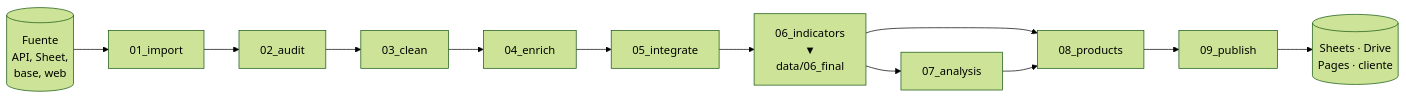
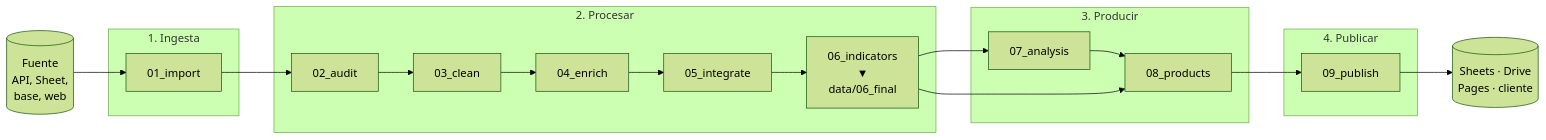
One commit to piero-valles-maravi/dataops-blueprint changed the second of 2 diagrams in README.md. Above: the diagram before and after it, drawn with Mermaid (forest theme). The commit also changed other lines of this file, not shown here.

Commit message:
Leer el flujo completo en cuatro bloques: ingesta, procesar, producir y publicar
- Diagrama de la sección 2.2 agrupado por bloque
- Tabla de bloques con qué pasa en cada uno y dónde escribe
- Nota de cómo el flujo de monitoreo recorre los mismos bloques

````diff
--- a/README.md
+++ b/README.md
@@ -73,14 +73,29 @@
 ```mermaid
 flowchart LR
-    SRC[("Fuente<br/>API, Sheet,<br/>base, web")] --> IMP["01_import"]
-    IMP --> AUD["02_audit"]
-    AUD --> CLN["03_clean"]
-    CLN --> ENR["04_enrich"]
-    ENR --> INT["05_integrate"]
-    INT --> WRG["06_indicators<br/>▼<br/>data/06_final"]
-    WRG --> ANA["07_analysis"]
-    WRG --> PRD["08_products"]
-    ANA --> PRD
-    PRD --> PUB["09_publish"]
-    PUB --> DEST[("Sheets · Drive<br/>Pages · cliente")]
+    SRC[("Fuente<br/>API, Sheet,<br/>base, web")] --> IMP
+
+    subgraph ING ["1. Ingesta"]
+        IMP["01_import"]
+    end
+
+    subgraph PRO ["2. Procesar"]
+        AUD["02_audit"] --> CLN["03_clean"]
+        CLN --> ENR["04_enrich"]
+        ENR --> INT["05_integrate"]
+        INT --> IND["06_indicators<br/>▼<br/>data/06_final"]
+    end
+
+    subgraph PRD ["3. Producir"]
+        ANA["07_analysis"] --> PRO8["08_products"]
+    end
+
+    subgraph PUB ["4. Publicar"]
+        P09["09_publish"]
+    end
+
+    IMP --> AUD
+    IND --> ANA
+    IND --> PRO8
+    PRO8 --> P09
+    P09 --> DEST[("Sheets · Drive<br/>Pages · cliente")]
 ```
````
